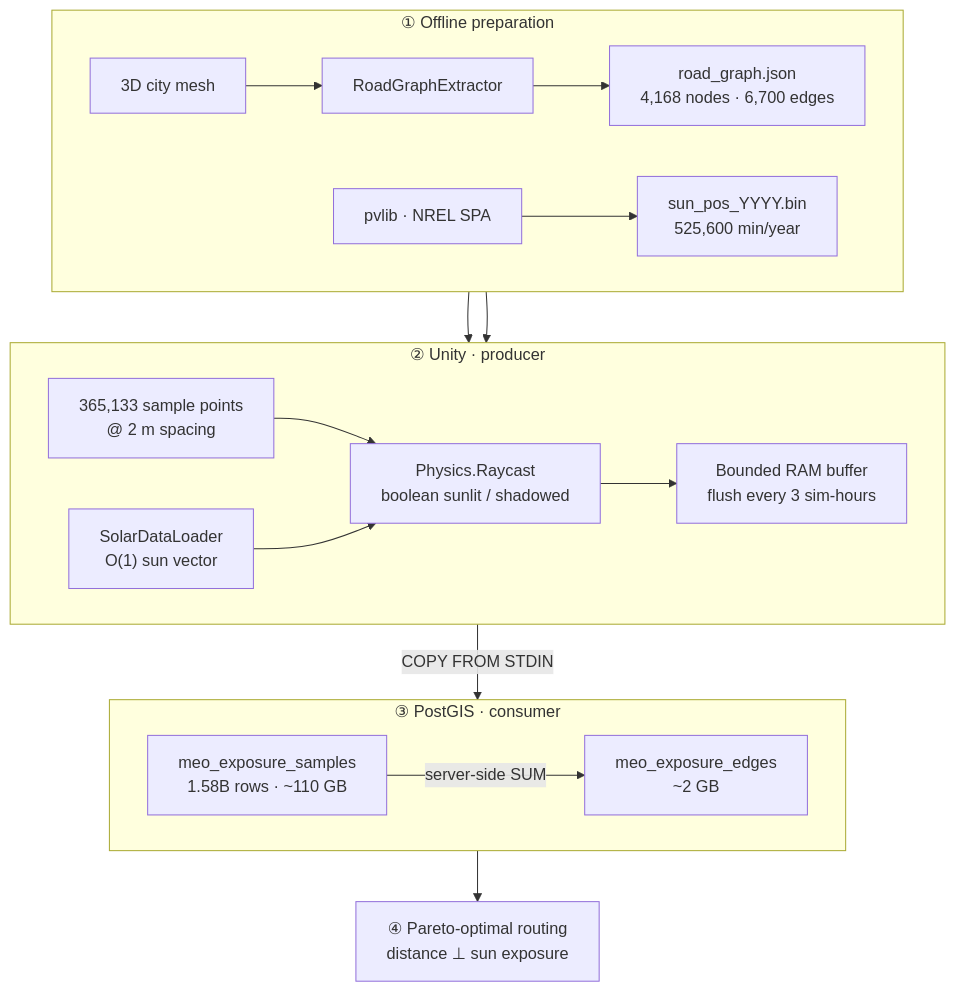
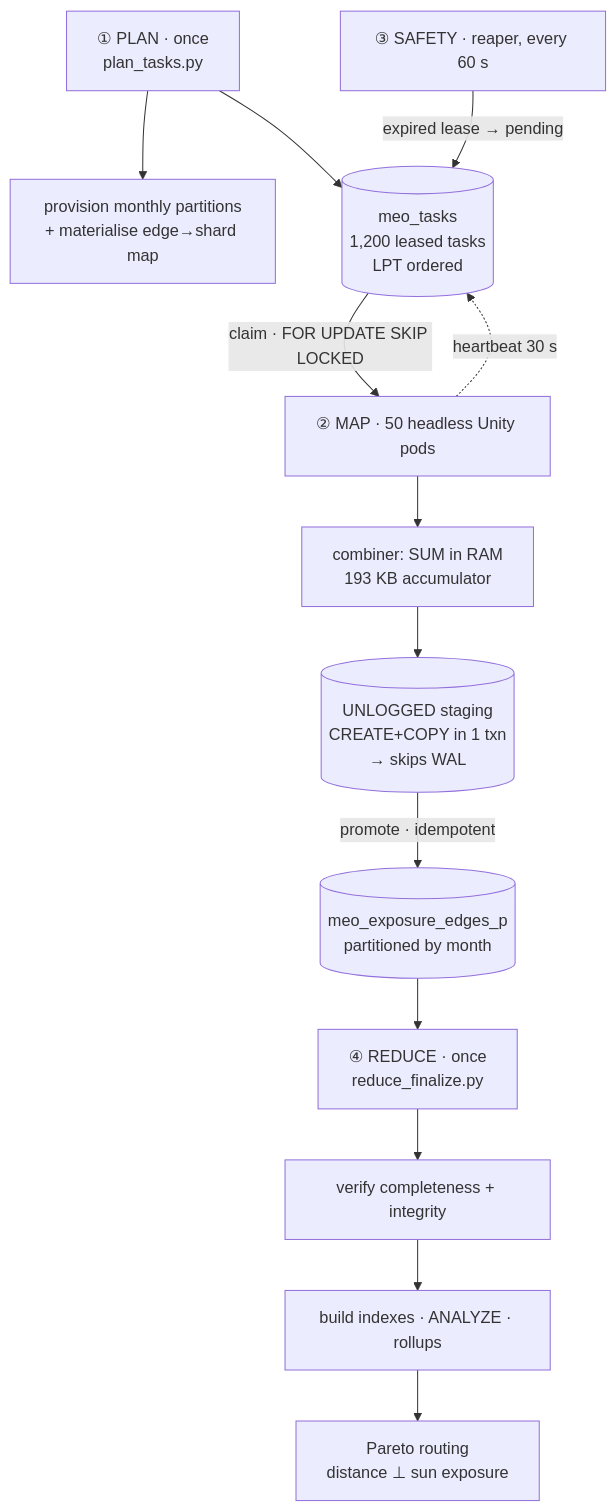
One commit to leo-Zhizhu/SunlightCity------Large-Scale-Simulation-Data-Pipeline changed the second of 4 diagrams in README.md. Above: the diagram before and after it, drawn with Mermaid. The commit also changed other lines of this file and 3 other files, not shown here.

First line of the commit message:
docs: ARCHITECTURE / DEPLOYMENT / TUNING + README rewritten for v2

````diff
--- a/README.md
+++ b/README.md
@@ -82,27 +292,19 @@
 ```mermaid
 flowchart TB
-    subgraph OFFLINE["① Offline preparation"]
-        direction LR
-        MESH["3D city mesh"] --> RGE["RoadGraphExtractor"] --> RJ["road_graph.json<br/>4,168 nodes · 6,700 edges"]
-        PVL["pvlib · NREL SPA"] --> BIN["sun_pos_YYYY.bin<br/>525,600 min/year"]
-    end
+    P["① PLAN · once<br/>plan_tasks.py"]
+    P --> PP["provision monthly partitions<br/>+ materialise edge→shard map"]
+    P --> PQ[("meo_tasks<br/>1,200 leased tasks<br/>LPT ordered")]
 
-    subgraph SIM["② Unity · producer"]
-        direction LR
-        SP["365,133 sample points<br/>@ 2 m spacing"] --> RC["Physics.Raycast<br/>boolean sunlit / shadowed"]
-        SUN["SolarDataLoader<br/>O(1) sun vector"] --> RC
-        RC --> BUF["Bounded RAM buffer<br/>flush every 3 sim-hours"]
-    end
+    PQ -->|"claim · FOR UPDATE SKIP LOCKED"| W["② MAP · 50 headless Unity pods"]
+    W --> CB["combiner: SUM in RAM<br/>193 KB accumulator"]
+    CB --> ST[("UNLOGGED staging<br/>CREATE+COPY in 1 txn<br/>→ skips WAL")]
+    ST -->|"promote · idempotent"| PART[("meo_exposure_edges_p<br/>partitioned by month")]
 
-    subgraph DB["③ PostGIS · consumer"]
-        direction LR
-        RAW["meo_exposure_samples<br/>1.58B rows · ~110 GB"] -->|"server-side SUM"| AGG["meo_exposure_edges<br/>~2 GB"]
-    end
+    W -.->|"heartbeat 30 s"| PQ
+    RP["③ SAFETY · reaper, every 60 s"] -->|"expired lease → pending"| PQ
 
-    ROUTE["④ Pareto-optimal routing<br/>distance ⊥ sun exposure"]
-
-    RJ --> SP
-    BIN --> SUN
-    BUF -->|"COPY FROM STDIN"| RAW
-    AGG --> ROUTE
+    PART --> R["④ REDUCE · once<br/>reduce_finalize.py"]
+    R --> RV["verify completeness + integrity"]
+    RV --> RI["build indexes · ANALYZE · rollups"]
+    RI --> OUT["Pareto routing<br/>distance ⊥ sun exposure"]
 ```
````
